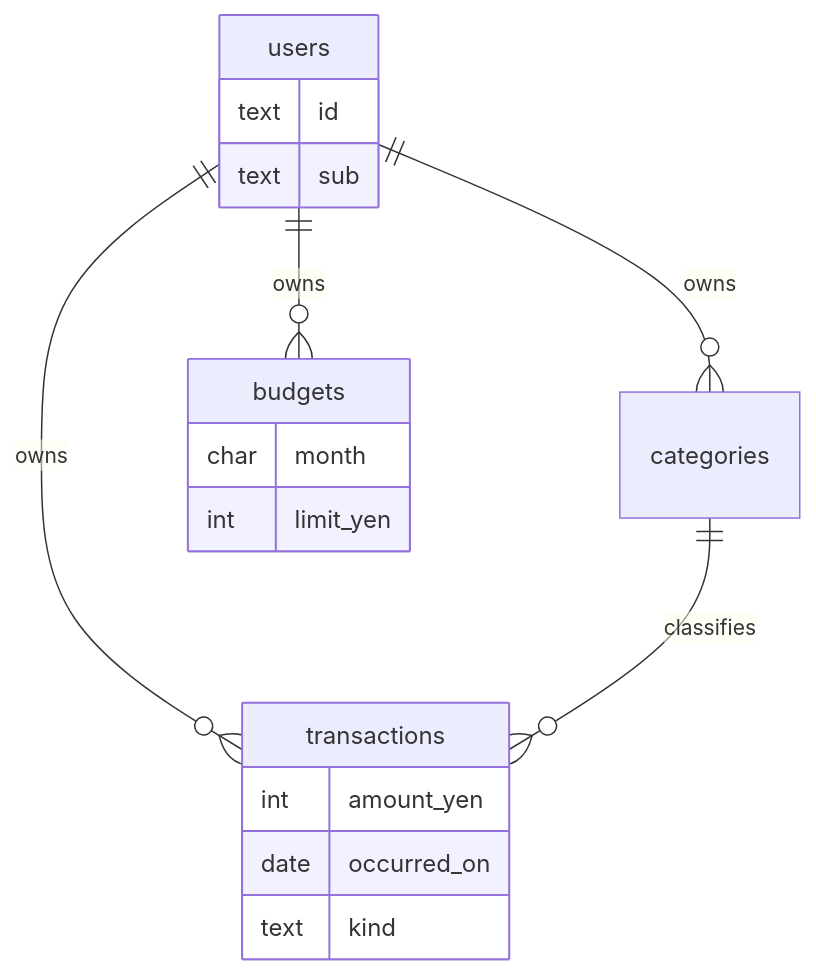
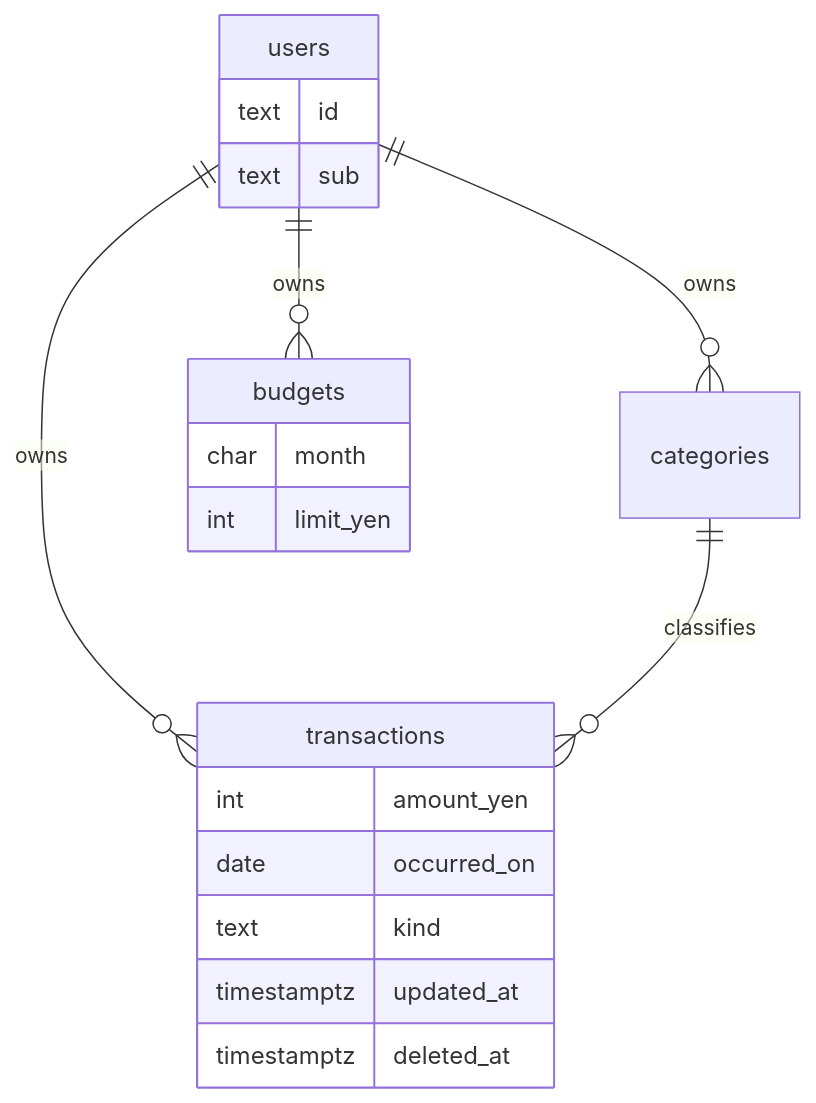
The eighth of 8 diagrams in portfolio-plan/personal-finance/docs/06-diagrams.md (maeplego/portfolio-plan), drawn with Mermaid before and after one commit. The commit also changed other lines of this file and 7 other files, not shown here.

````diff
--- a/portfolio-plan/personal-finance/docs/06-diagrams.md
+++ b/portfolio-plan/personal-finance/docs/06-diagrams.md
@@ -83,20 +112,22 @@
 ```mermaid
 erDiagram
   users ||--o{ categories : owns
   users ||--o{ transactions : owns
   users ||--o{ budgets : owns
   categories ||--o{ transactions : classifies
   users {
     text id
     text sub
   }
   transactions {
     int amount_yen
     date occurred_on
     text kind
+    timestamptz updated_at
+    timestamptz deleted_at
   }
   budgets {
     char month
     int limit_yen
   }
 ```
````
